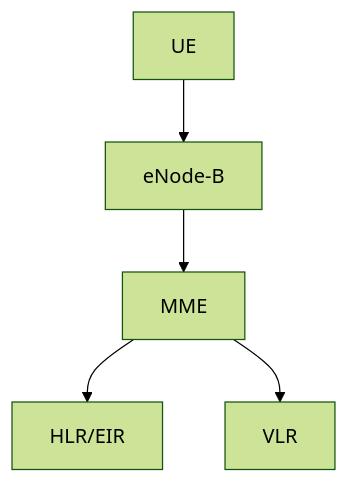
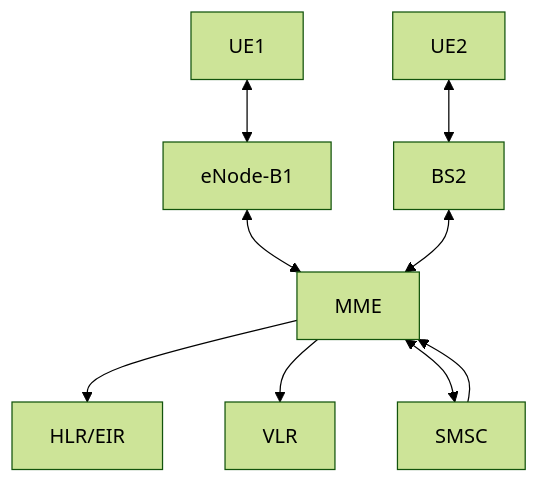
Before and after one commit to bagrova-av/LTE-mobile-communication-system: the diagram in README.md, drawn with Mermaid (forest theme). The commit also changed other lines of this file and 18 other files, not shown here.

````diff
--- a/README.md
+++ b/README.md
@@ -139,13 +159,19 @@
 ```mermaid
 graph TD
-    UE[UE]
-    BS[eNode-B]
+    UE1[UE1]
+    BS1[eNode-B1]
     MME[MME]
     HLR[HLR/EIR]
     VLR[VLR]
+    SMSC[SMSC]
+    UE2[UE2]
 
-    UE --> BS
-    BS --> MME
+    UE1 <--> BS1
+    UE2 <--> BS2
+    BS1 <--> MME
+    BS2 <--> MME
     MME --> HLR
     MME --> VLR
+    MME <--> SMSC
+    SMSC --> MME
 ```
````
